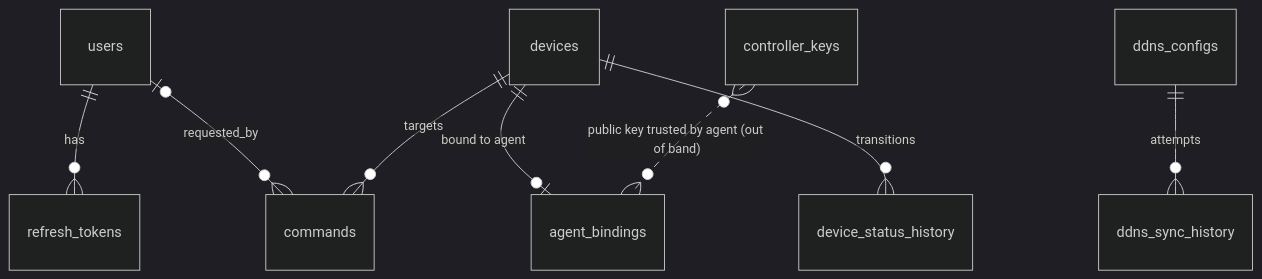
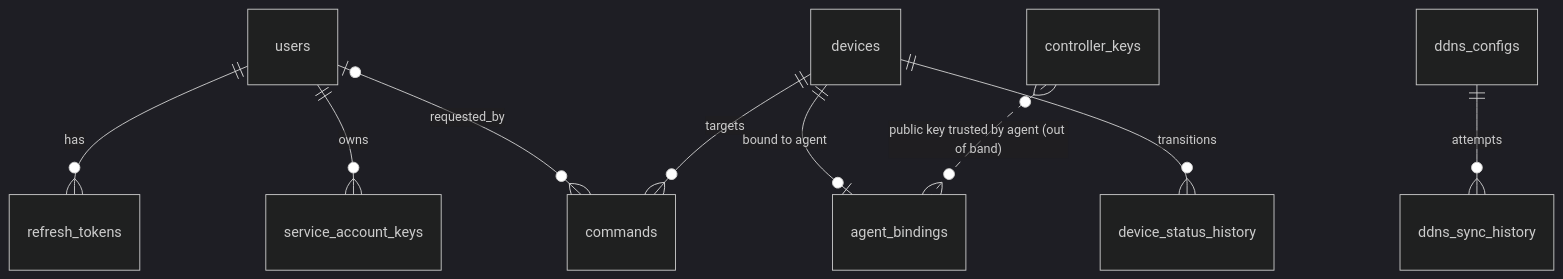
The diagram in docs/design/database.md (thanhtunguet/SmartHomeCore), drawn with Mermaid (dark theme) before and after one commit. The commit also changed other lines of this file and 26 other files, not shown here.

First line of the commit message:
feat(servicekey): implement service account keys with Ed25519 signing

````diff
--- a/docs/design/database.md
+++ b/docs/design/database.md
@@ -47,10 +47,11 @@
 ```mermaid
 erDiagram
     users ||--o{ refresh_tokens : "has"
+    users ||--o{ service_account_keys : "owns"
     users |o--o{ commands : "requested_by"
     devices ||--o| agent_bindings : "bound to agent"
     devices ||--o{ device_status_history : "transitions"
     devices ||--o{ commands : "targets"
     ddns_configs ||--o{ ddns_sync_history : "attempts"
     controller_keys }o..o{ agent_bindings : "public key trusted by agent (out of band)"
 ```
````
